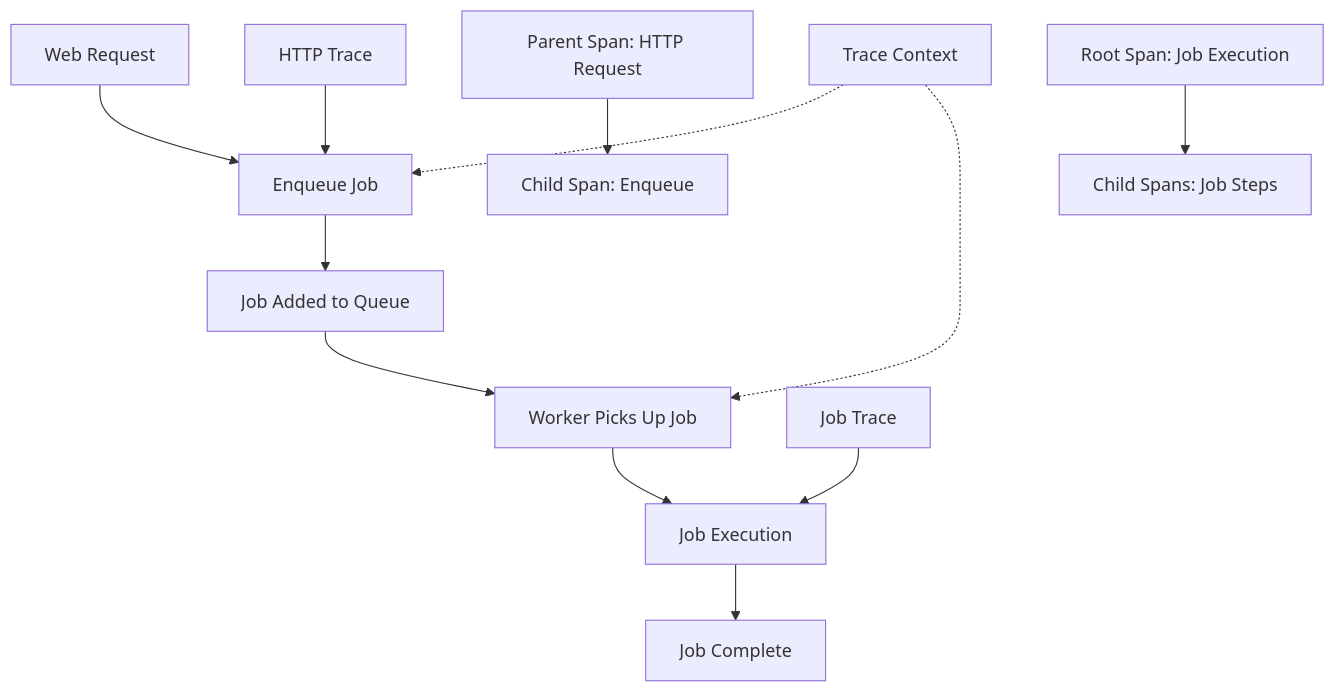
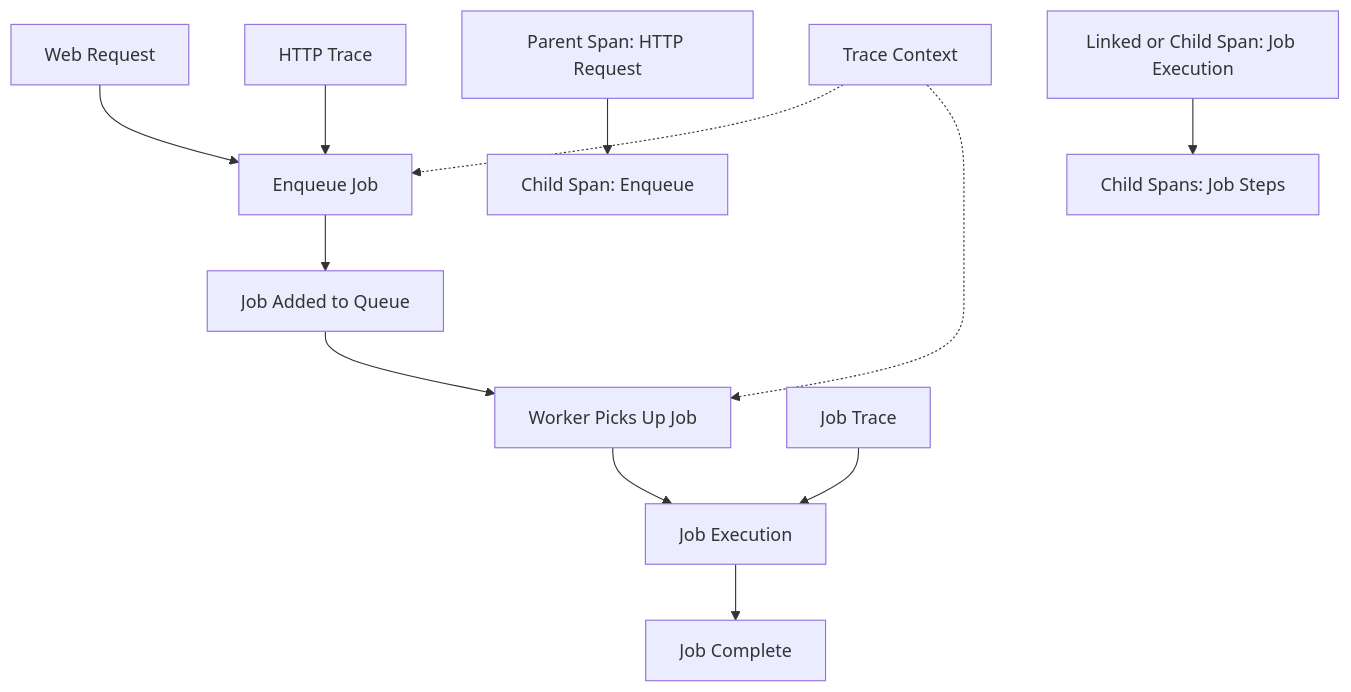
One commit to OneUptime/blog changed the diagram in posts/2026-02-06-custom-opentelemetry-spans-sidekiq-background-jobs-rails/README.md. Above: the diagram before and after it, drawn with Mermaid. The commit also changed other lines of this file and 8 other files, not shown here.

````diff
--- a/posts/2026-02-06-custom-opentelemetry-spans-sidekiq-background-jobs-rails/README.md
+++ b/posts/2026-02-06-custom-opentelemetry-spans-sidekiq-background-jobs-rails/README.md
@@ -15,17 +15,17 @@
 ```mermaid
 graph TD
     A[Web Request] --> B[Enqueue Job]
     B --> C[Job Added to Queue]
     C --> D[Worker Picks Up Job]
     D --> E[Job Execution]
     E --> F[Job Complete]
 
     G[HTTP Trace] --> B
     H[Job Trace] --> E
 
     I[Trace Context] -.-> B
     I -.-> D
 
     J[Parent Span: HTTP Request] --> K[Child Span: Enqueue]
-    L[Root Span: Job Execution] --> M[Child Spans: Job Steps]
+    L[Linked or Child Span: Job Execution] --> M[Child Spans: Job Steps]
 ```
````
